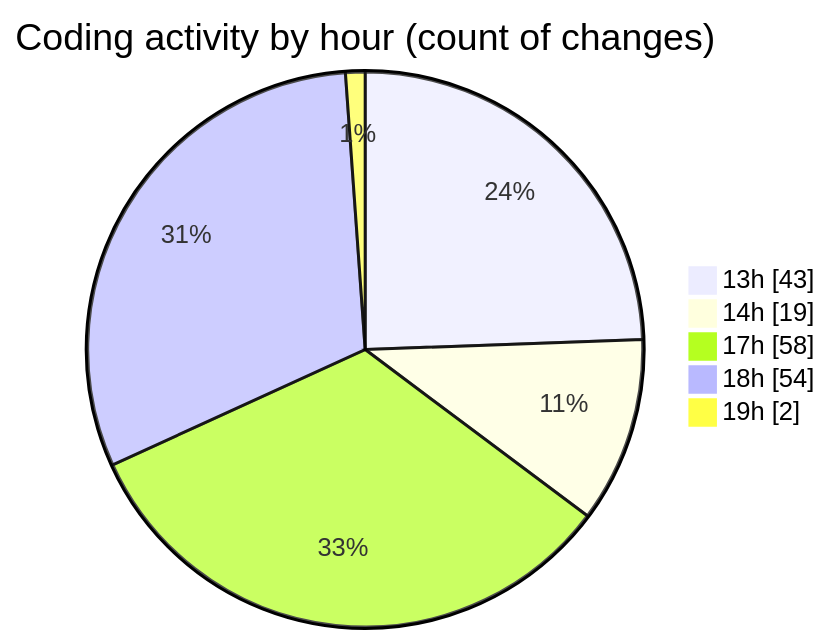
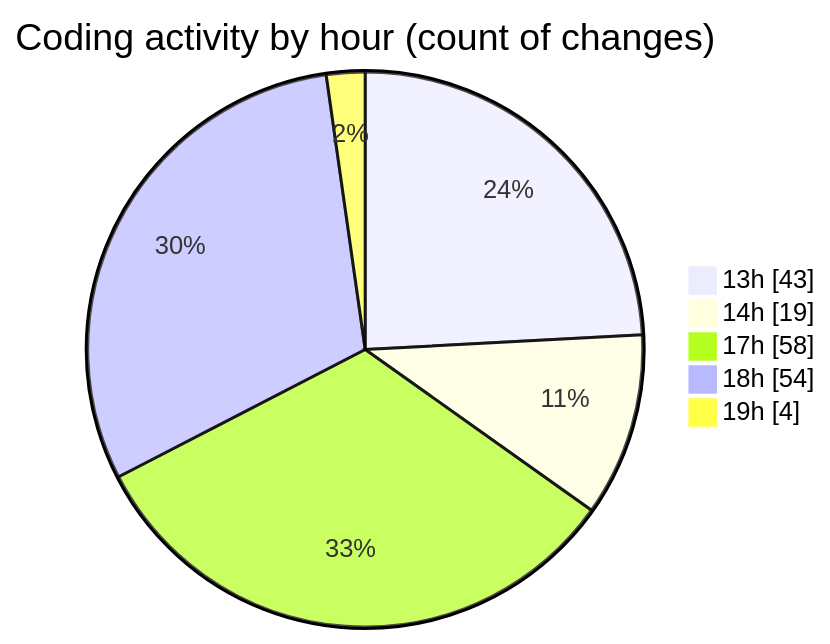
Before and after one commit to MatusMokan/code-tracking: the second of 2 diagrams in 2025-10-04/untitled__workspace_/README.md, drawn with Mermaid. The commit also changed other lines of this file and 1 other file, not shown here.

````diff
--- a/2025-10-04/untitled__workspace_/README.md
+++ b/2025-10-04/untitled__workspace_/README.md
@@ -48,9 +49,9 @@
 ```mermaid
 pie showData
 title Coding activity by hour (count of changes)
 "13h" : 43
 "14h" : 19
 "17h" : 58
 "18h" : 54
-"19h" : 2
+"19h" : 4
 ```
````
